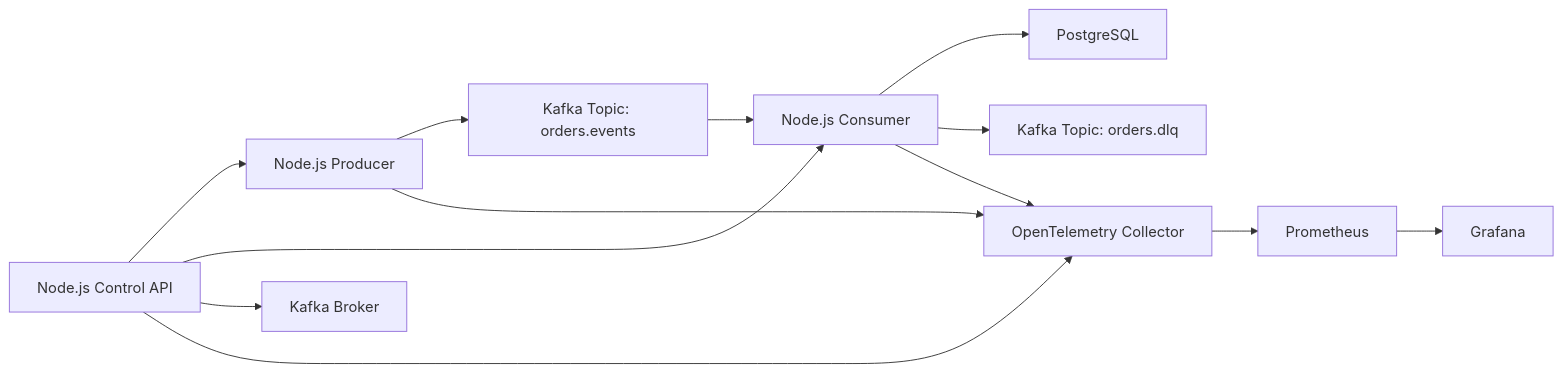
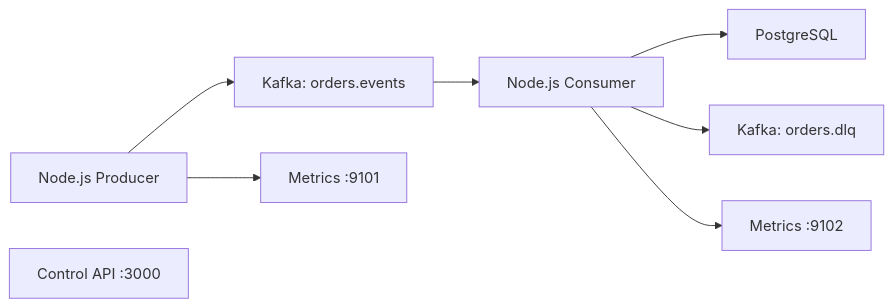
The diagram in README.md (zhongminma/kafka-incident-response), drawn with Mermaid before and after one commit. The commit also changed other lines of this file and 2 other files, not shown here.

````diff
--- a/README.md
+++ b/README.md
@@ -31,15 +18,10 @@
 ```mermaid
 flowchart LR
-    Producer["Node.js Producer"] --> OrdersTopic["Kafka Topic: orders.events"]
-    OrdersTopic --> Consumer["Node.js Consumer"]
-    Consumer --> Database["PostgreSQL"]
-    Consumer --> DLQ["Kafka Topic: orders.dlq"]
-    ControlAPI["Node.js Control API"] --> Producer
-    ControlAPI --> Consumer
-    ControlAPI --> Kafka["Kafka Broker"]
-    Producer --> OTel["OpenTelemetry Collector"]
-    Consumer --> OTel
-    ControlAPI --> OTel
-    OTel --> Prometheus["Prometheus"]
-    Prometheus --> Grafana["Grafana"]
+    Producer["Node.js Producer"] --> Events["Kafka: orders.events"]
+    Events --> Consumer["Node.js Consumer"]
+    Consumer --> PostgreSQL["PostgreSQL"]
+    Consumer --> DLQ["Kafka: orders.dlq"]
+    Producer --> ProducerMetrics["Metrics :9101"]
+    Consumer --> ConsumerMetrics["Metrics :9102"]
+    ControlAPI["Control API :3000"]
 ```
````
